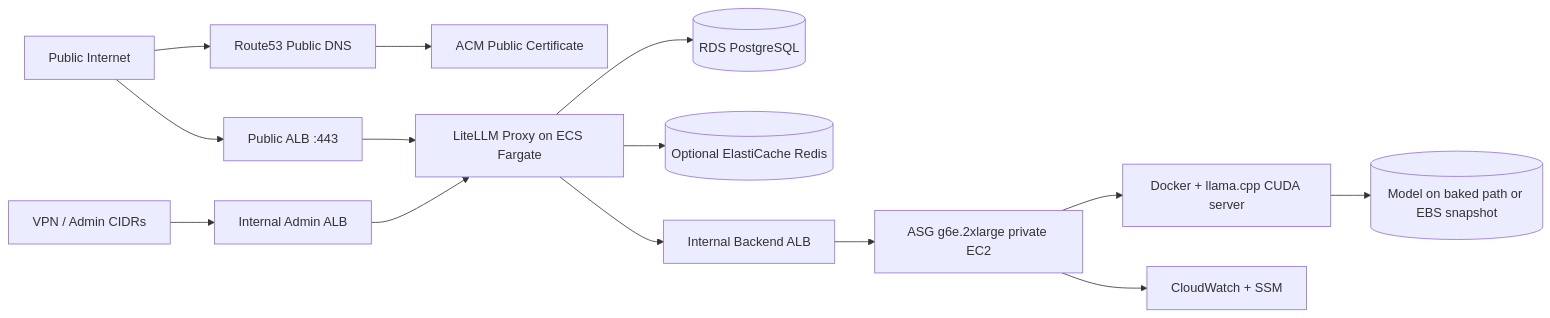
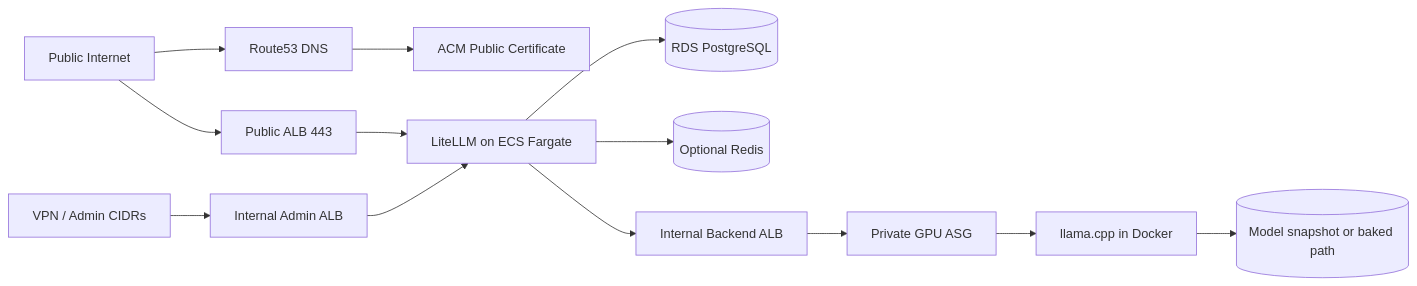
The diagram in README.md (chrsandb/aws-llm-hosting), drawn with Mermaid before and after one commit. The commit also changed other lines of this file and 2 other files, not shown here.

````diff
--- a/README.md
+++ b/README.md
@@ -17,16 +19,15 @@
 ```mermaid
 flowchart LR
-  Internet[Public Internet] --> R53[Route53 Public DNS]
-  R53 --> ACM[ACM Public Certificate]
-  Internet --> ALB1[Public ALB :443]
-  ALB1 --> ECS[LiteLLM Proxy on ECS Fargate]
-  AdminUsers[VPN / Admin CIDRs] --> ALB2[Internal Admin ALB]
-  ALB2 --> ECS
-  ECS --> PG[(RDS PostgreSQL)]
-  ECS --> Redis[(Optional ElastiCache Redis)]
-  ECS --> ALB3[Internal Backend ALB]
-  ALB3 --> ASG[ASG g6e.2xlarge private EC2]
-  ASG --> Docker[Docker + llama.cpp CUDA server]
-  Docker --> Model[(Model on baked path or EBS snapshot)]
-  ASG --> CW[CloudWatch + SSM]
+  Internet[Public Internet] --> DNS[Route53 DNS]
+  DNS --> ACM[ACM Public Certificate]
+  Internet --> PublicALB[Public ALB 443]
+  PublicALB --> LiteLLM[LiteLLM on ECS Fargate]
+  Admin[VPN / Admin CIDRs] --> AdminALB[Internal Admin ALB]
+  AdminALB --> LiteLLM
+  LiteLLM --> Postgres[(RDS PostgreSQL)]
+  LiteLLM --> Redis[(Optional Redis)]
+  LiteLLM --> BackendALB[Internal Backend ALB]
+  BackendALB --> ASG[Private GPU ASG]
+  ASG --> Llama[llama.cpp in Docker]
+  Llama --> Model[(Model snapshot or baked path)]
 ```
````
